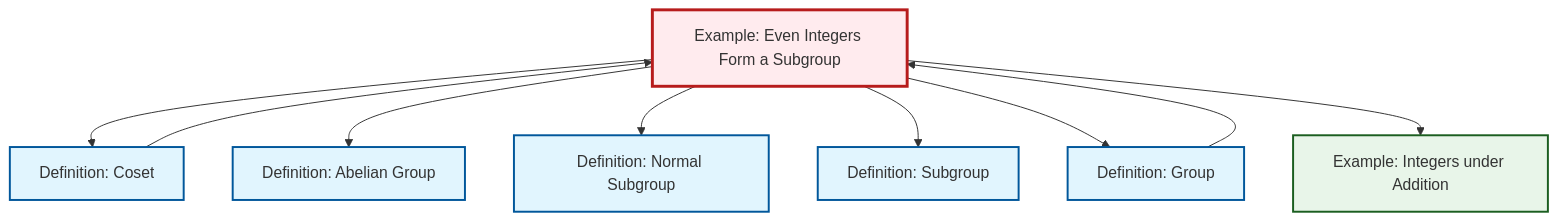
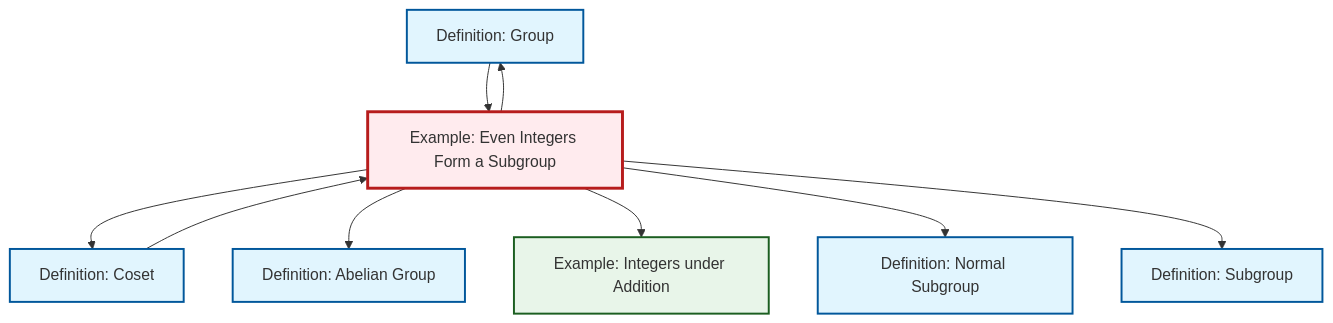
The diagram in content/ja/algebra/ex-even-integers-subgroup.qmd (RK0429/ModernMath), drawn with Mermaid before and after one commit. The commit also changed other lines of this file and 619 other files, not shown here.

````diff
--- a/content/ja/algebra/ex-even-integers-subgroup.qmd
+++ b/content/ja/algebra/ex-even-integers-subgroup.qmd
@@ -52,31 +52,31 @@
 ```{mermaid}
 %%| fig-cap: "Local dependency graph"
 graph TD
     classDef definition fill:#e1f5fe,stroke:#01579b,stroke-width:2px
     classDef theorem fill:#f3e5f5,stroke:#4a148c,stroke-width:2px
     classDef axiom fill:#fff3e0,stroke:#e65100,stroke-width:2px
     classDef example fill:#e8f5e9,stroke:#1b5e20,stroke-width:2px
     classDef current fill:#ffebee,stroke:#b71c1c,stroke-width:3px
-    ex-even-integers-subgroup["Example: Even Integers Form a Subgroup"]:::example
-    ex-integers-addition["Example: Integers under Addition"]:::example
-    def-coset["Definition: Coset"]:::definition
     def-normal-subgroup["Definition: Normal Subgroup"]:::definition
     def-abelian-group["Definition: Abelian Group"]:::definition
+    ex-integers-addition["Example: Integers under Addition"]:::example
+    def-group["Definition: Group"]:::definition
     def-subgroup["Definition: Subgroup"]:::definition
-    def-group["Definition: Group"]:::definition
+    def-coset["Definition: Coset"]:::definition
+    ex-even-integers-subgroup["Example: Even Integers Form a Subgroup"]:::example
     def-coset --> ex-even-integers-subgroup
     def-group --> ex-even-integers-subgroup
     ex-even-integers-subgroup --> def-coset
+    ex-even-integers-subgroup --> def-group
     ex-even-integers-subgroup --> def-abelian-group
+    ex-even-integers-subgroup --> ex-integers-addition
     ex-even-integers-subgroup --> def-normal-subgroup
     ex-even-integers-subgroup --> def-subgroup
-    ex-even-integers-subgroup --> def-group
-    ex-even-integers-subgroup --> ex-integers-addition
     class ex-even-integers-subgroup current
-    click ex-integers-addition "ex-integers-addition.html" "Example: Integers under Additionへ"
-    click def-coset "def-coset.html" "Definition: Cosetへ"
     click def-normal-subgroup "def-normal-subgroup.html" "Definition: Normal Subgroupへ"
     click def-abelian-group "def-abelian-group.html" "Definition: Abelian Groupへ"
+    click ex-integers-addition "ex-integers-addition.html" "Example: Integers under Additionへ"
+    click def-group "def-group.html" "Definition: Groupへ"
     click def-subgroup "def-subgroup.html" "Definition: Subgroupへ"
-    click def-group "def-group.html" "Definition: Groupへ"
+    click def-coset "def-coset.html" "Definition: Cosetへ"
 ```
````
